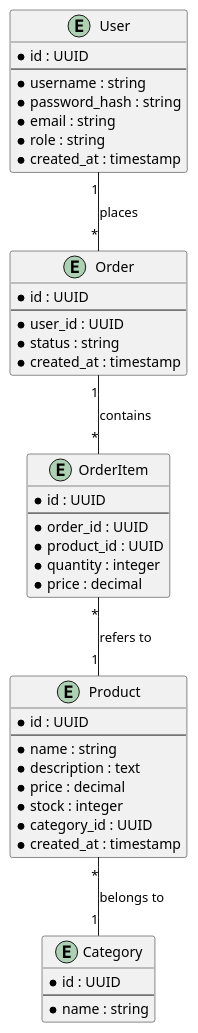
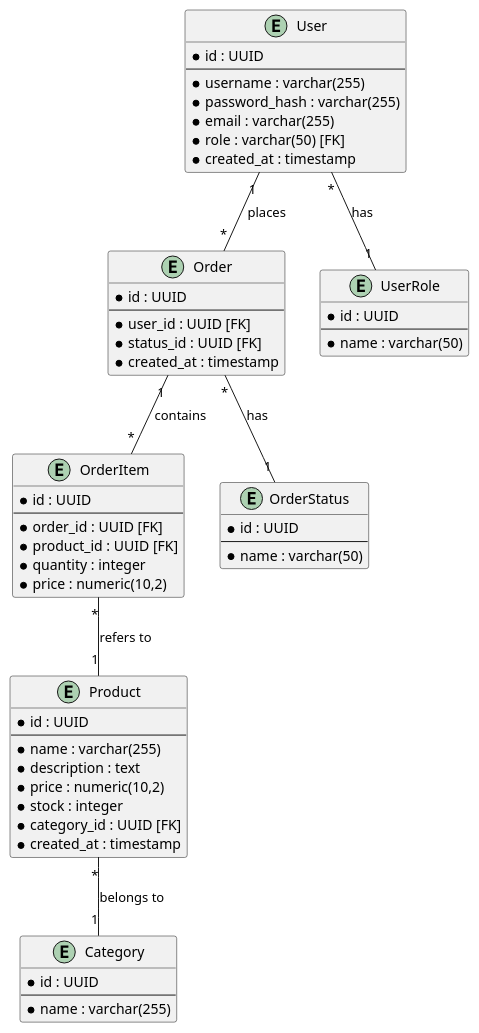
One commit to AndreyMTT/test changed the diagram in test.puml. Above: the diagram before and after it, drawn with PlantUML. The commit also changed 2 other files, not shown here.

```diff
--- a/test.puml
+++ b/test.puml
@@ -1,52 +1,69 @@
 @startuml
 
+
+' ERD-схема базы данных
 entity "Product" {
   * id : UUID
   --
-  * name : string
+  * name : varchar(255)
   * description : text
-  * price : decimal
+  * price : numeric(10,2)
   * stock : integer
-  * category_id : UUID
+  * category_id : UUID [FK]
   * created_at : timestamp
 }
 
 entity "Category" {
   * id : UUID
   --
-  * name : string
+  * name : varchar(255)
 }
 
 entity "User" {
   * id : UUID
   --
-  * username : string
-  * password_hash : string
-  * email : string
-  * role : string
+  * username : varchar(255)
+  * password_hash : varchar(255)
+  * email : varchar(255)
+  * role : varchar(50) [FK]
   * created_at : timestamp
 }
 
 entity "Order" {
   * id : UUID
   --
-  * user_id : UUID
-  * status : string
+  * user_id : UUID [FK]
+  * status_id : UUID [FK]
   * created_at : timestamp
 }
 
 entity "OrderItem" {
   * id : UUID
   --
-  * order_id : UUID
-  * product_id : UUID
+  * order_id : UUID [FK]
+  * product_id : UUID [FK]
   * quantity : integer
-  * price : decimal
+  * price : numeric(10,2)
+}
+
+entity "OrderStatus" {
+  * id : UUID
+  --
+  * name : varchar(50)
+}
+
+entity "UserRole" {
+  * id : UUID
+  --
+  * name : varchar(50)
 }
 
 User "1" -- "*" Order : places
 Order "1" -- "*" OrderItem : contains
 OrderItem "*" -- "1" Product : refers to
 Product "*" -- "1" Category : belongs to
+Order "*" -- "1" OrderStatus : has
+User "*" -- "1" UserRole : has
+
 
 @enduml
```
